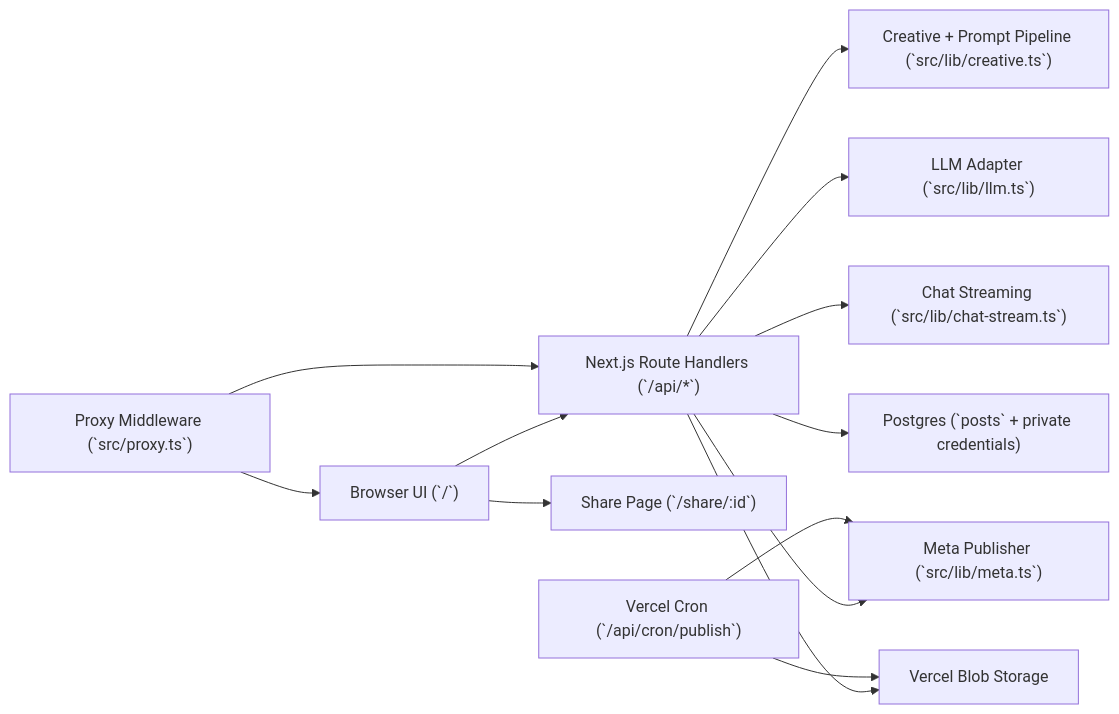
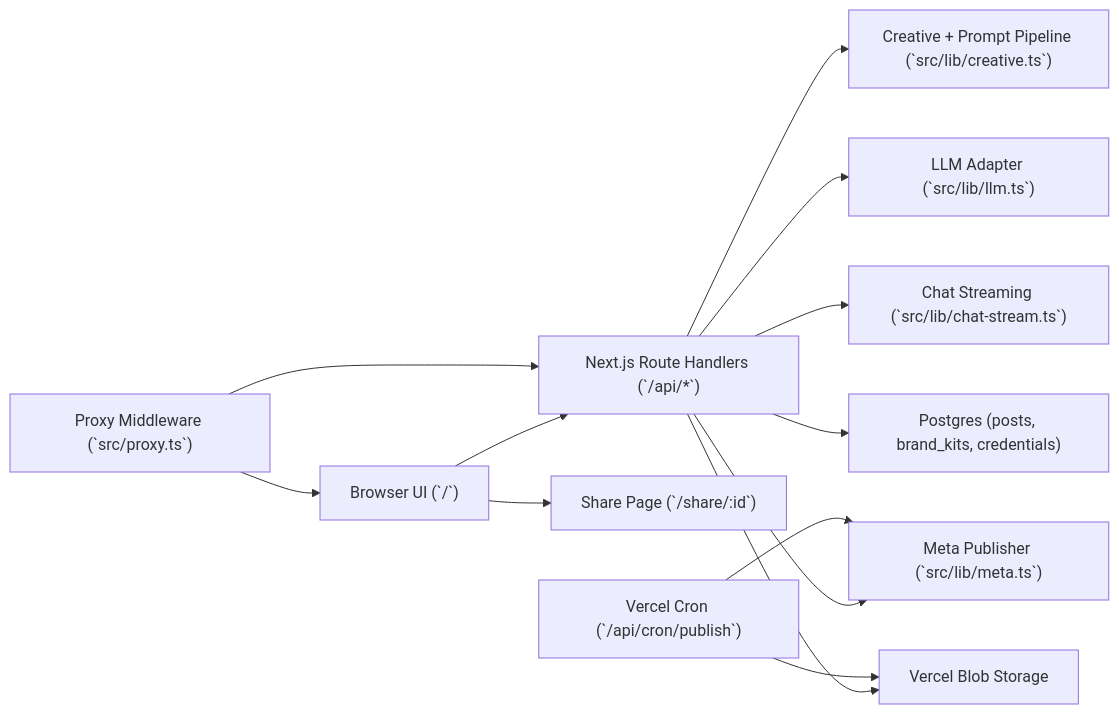
One commit to 3twos/ig-poster changed the diagram in docs/architecture.md. Above: the diagram before and after it, drawn with Mermaid. The commit also changed other lines of this file and 7 other files, not shown here.

First line of the commit message:
chore: track .claude config and update docs for brand kits (#35)

````diff
--- a/docs/architecture.md
+++ b/docs/architecture.md
@@ -12,15 +12,15 @@
 ```mermaid
 flowchart LR
   U["Browser UI (`/`)"] --> API["Next.js Route Handlers (`/api/*`)"]
   U --> SHARE["Share Page (`/share/:id`)"]
   API --> CREATIVE["Creative + Prompt Pipeline (`src/lib/creative.ts`)"]
   API --> LLM["LLM Adapter (`src/lib/llm.ts`)"]
   API --> META["Meta Publisher (`src/lib/meta.ts`)"]
   API --> CHAT["Chat Streaming (`src/lib/chat-stream.ts`)"]
-  API --> PG["Postgres (`posts` + private credentials)"]
+  API --> PG["Postgres (posts, brand_kits, credentials)"]
   API --> BLOB["Vercel Blob Storage"]
   CRON["Vercel Cron (`/api/cron/publish`)"] --> BLOB
   CRON --> META
   MW["Proxy Middleware (`src/proxy.ts`)"] --> U
   MW --> API
 ```
````
